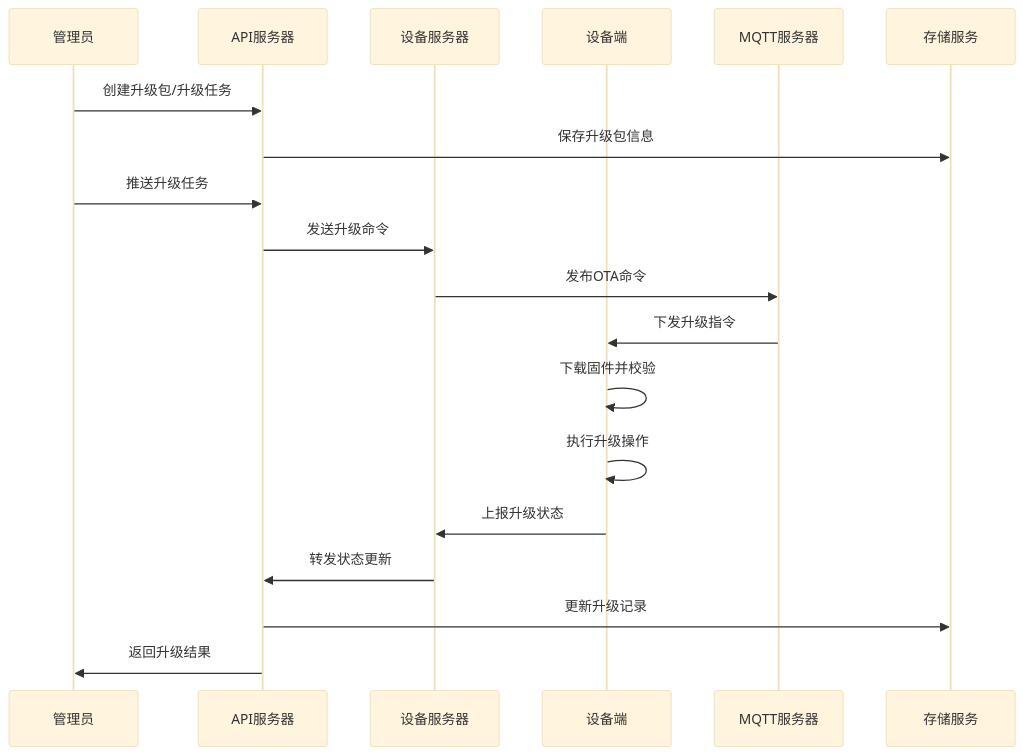
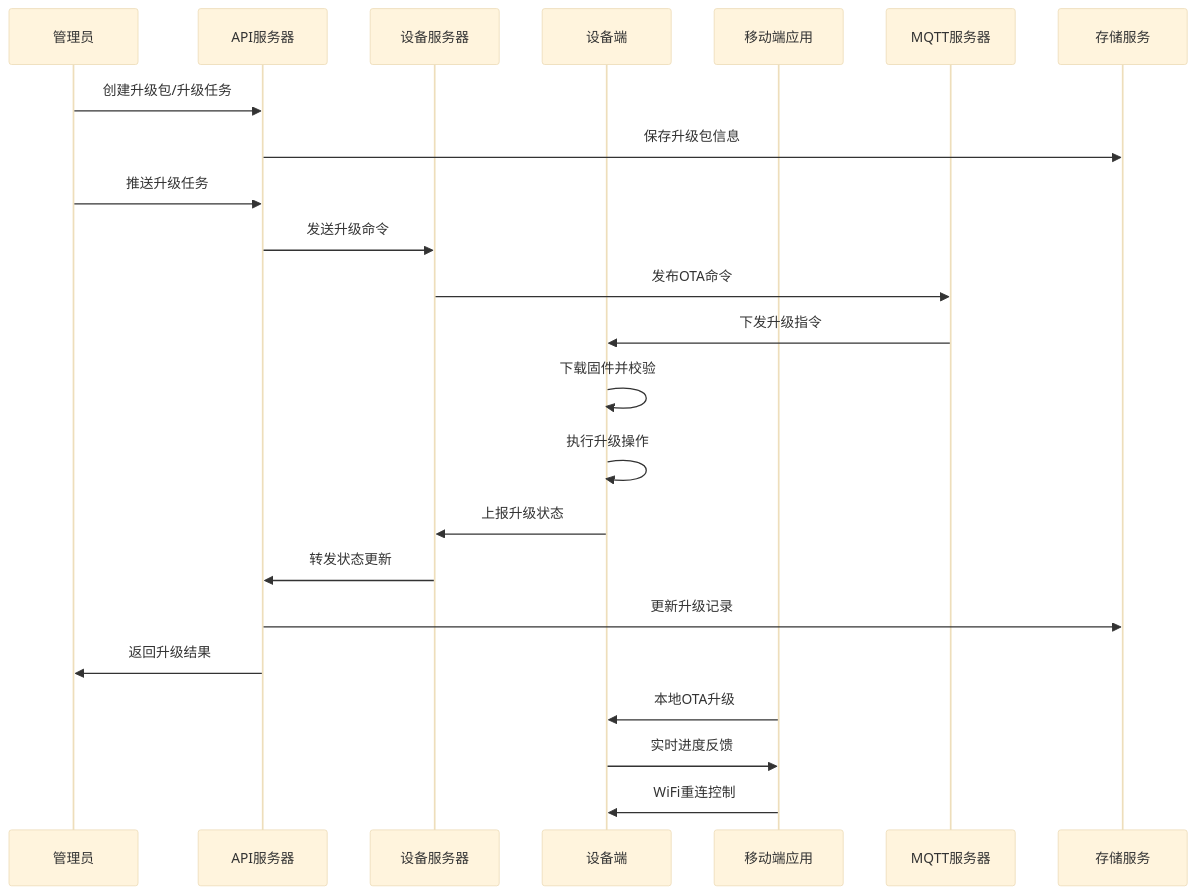
The fifth of 14 diagrams in .qoder/repowiki/zh/content/OTA升级系统/OTA升级系统.md (mcmrzy/cs_inv_monitor-develop), drawn with Mermaid (base theme) before and after one commit. The commit also changed other lines of this file and 88 other files, not shown here.

````diff
--- a/.qoder/repowiki/zh/content/OTA升级系统/OTA升级系统.md
+++ b/.qoder/repowiki/zh/content/OTA升级系统/OTA升级系统.md
@@ -256,21 +274,25 @@
 ```mermaid
 sequenceDiagram
 participant Admin as 管理员
 participant API as API服务器
 participant DeviceServer as 设备服务器
 participant Device as 设备端
+participant Mobile as 移动端应用
 participant MQTT as MQTT服务器
 participant Storage as 存储服务
 Admin->>API : 创建升级包/升级任务
 API->>Storage : 保存升级包信息
 Admin->>API : 推送升级任务
 API->>DeviceServer : 发送升级命令
 DeviceServer->>MQTT : 发布OTA命令
 MQTT->>Device : 下发升级指令
 Device->>Device : 下载固件并校验
 Device->>Device : 执行升级操作
 Device->>DeviceServer : 上报升级状态
 DeviceServer->>API : 转发状态更新
 API->>Storage : 更新升级记录
 API->>Admin : 返回升级结果
+Mobile->>Device : 本地OTA升级
+Device->>Mobile : 实时进度反馈
+Mobile->>Device : WiFi重连控制
 ```
````
